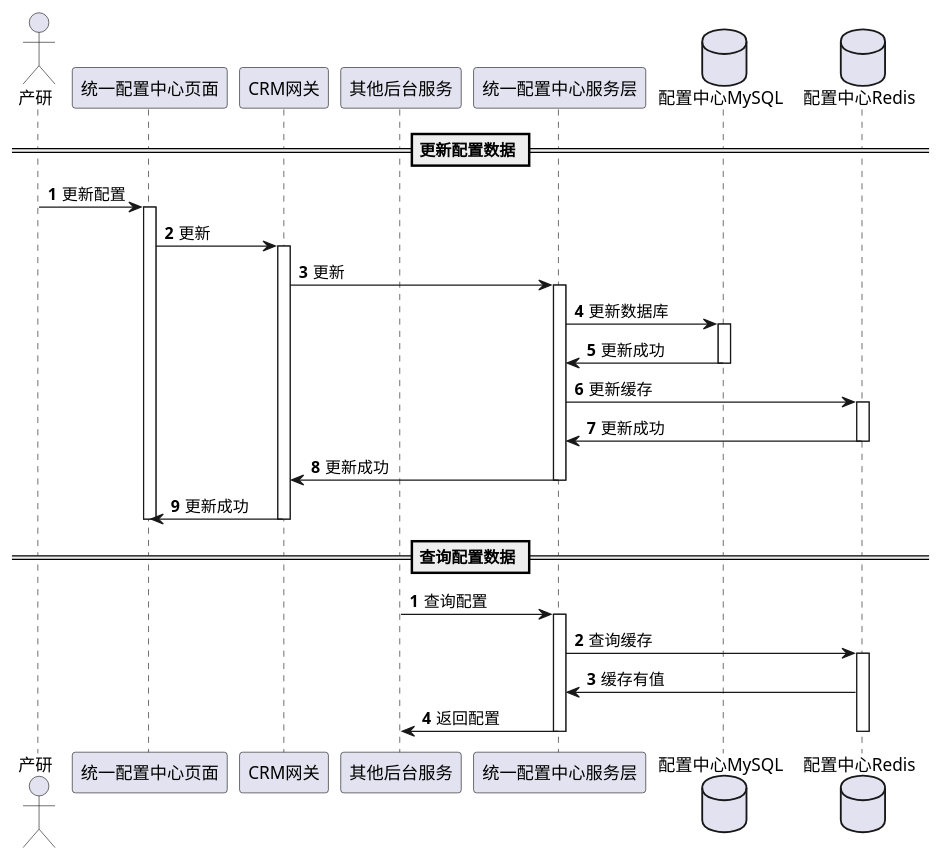
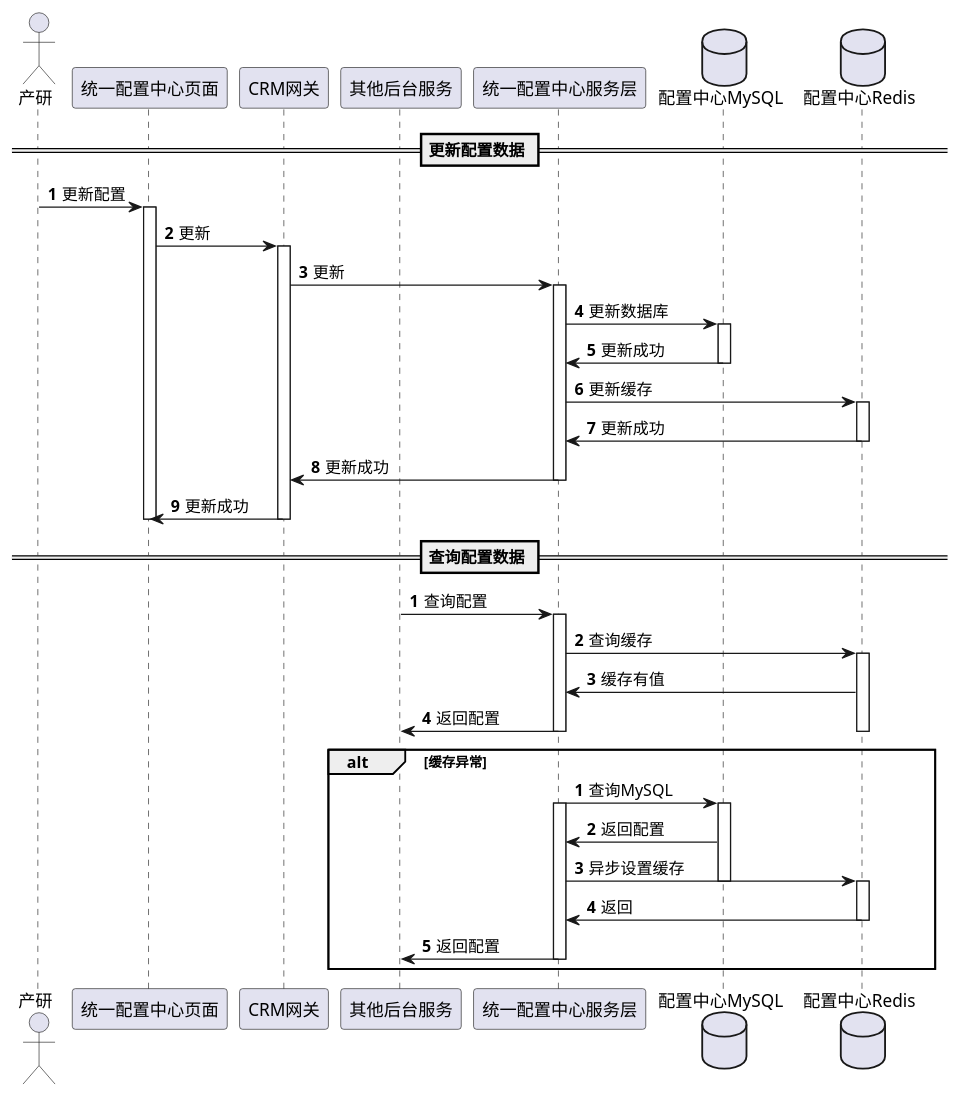
Before and after one commit to wllpeter/picture: the diagram in plantuml/config_time.puml, drawn with PlantUML.

```diff
--- a/plantuml/config_time.puml
+++ b/plantuml/config_time.puml
@@ -1,50 +1,66 @@
 @startuml "统一配置中心"
 
 actor 产研 as developer
 participant 统一配置中心页面 as configfront
 participant CRM网关 as crmgateway
 participant 其他后台服务 as otherserver
 participant 统一配置中心服务层 as configserver
 database "配置中心MySQL" as configdb
 database "配置中心Redis" as configredis
 
 
 
 
 autonumber
 == 更新配置数据 ==
 developer -> configfront: 更新配置
 activate configfront
 configfront -> crmgateway: 更新
 activate crmgateway
 crmgateway -> configserver: 更新
 activate configserver
 configserver -> configdb: 更新数据库
 activate configdb
 configdb -> configserver: 更新成功
 deactivate configdb
 configserver -> configredis: 更新缓存
 activate configredis
 configredis -> configserver: 更新成功
 deactivate configredis
 configserver -> crmgateway: 更新成功
 deactivate configserver
 crmgateway -> configfront: 更新成功
 deactivate crmgateway
 deactivate configfront
 autonumber stop
 
 
 autonumber
 == 查询配置数据 ==
 otherserver -> configserver: 查询配置
 activate configserver
 configserver -> configredis: 查询缓存
 activate configredis
 configredis -> configserver: 缓存有值
 configserver -> otherserver: 返回配置
 deactivate configredis
 deactivate configserver
 autonumber stop
+alt 缓存异常
+  autonumber
+  configserver -> configdb:查询MySQL
+  activate configserver
+  activate configdb
+  configdb -> configserver:返回配置
+  configserver -> configredis:异步设置缓存
+  deactivate configdb
+  activate configredis
+  configredis -> configserver:返回
+  deactivate configredis
+  configserver -> otherserver: 返回配置
+  deactivate configserver
+end
+autonumber stop
+
 
 @enduml
```
